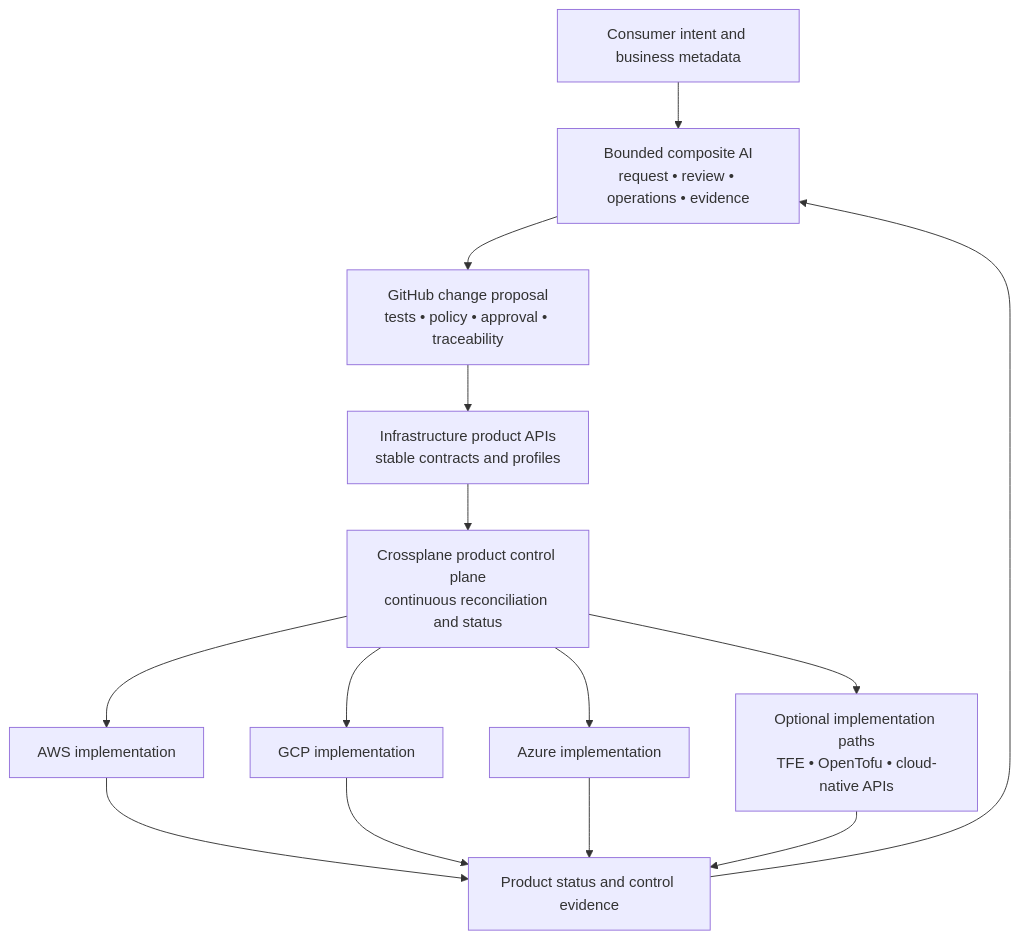
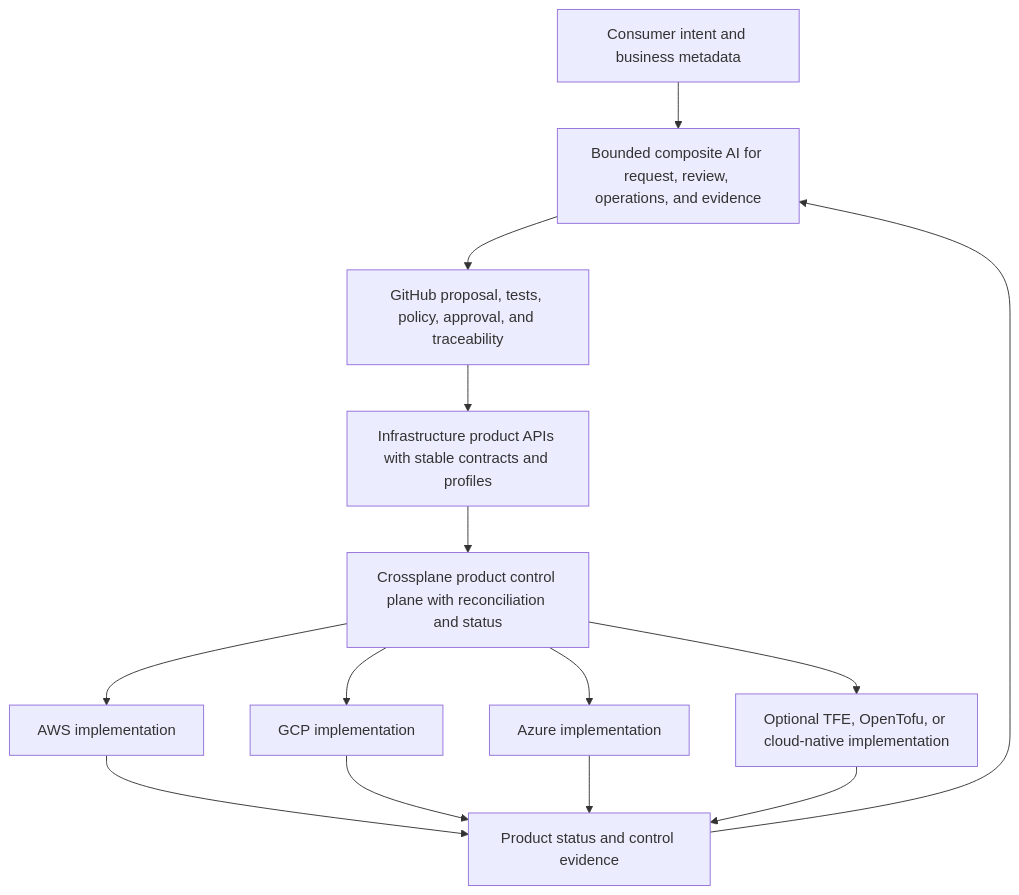
The first of 7 diagrams in README.md (SAABOLImpactVenture/ai-powered-infrastructure-as-a-product), drawn with Mermaid before and after one commit. The commit also changed other lines of this file, not shown here.

Commit message:
docs: satisfy Mermaid lint and correct Apache license

````diff
--- a/README.md
+++ b/README.md
@@ -52,27 +52,27 @@
 ```mermaid
 flowchart TB
   CON[Consumer intent and business metadata]
-  AI[Bounded composite AI<br/>request • review • operations • evidence]
-  GIT[GitHub change proposal<br/>tests • policy • approval • traceability]
-  API[Infrastructure product APIs<br/>stable contracts and profiles]
-  XP[Crossplane product control plane<br/>continuous reconciliation and status]
+  AI[Bounded composite AI for request, review, operations, and evidence]
+  GIT[GitHub proposal, tests, policy, approval, and traceability]
+  API[Infrastructure product APIs with stable contracts and profiles]
+  XP[Crossplane product control plane with reconciliation and status]
   AWS[AWS implementation]
   GCP[GCP implementation]
   AZ[Azure implementation]
-  OPT[Optional implementation paths<br/>TFE • OpenTofu • cloud-native APIs]
+  OPT[Optional TFE, OpenTofu, or cloud-native implementation]
   EVID[Product status and control evidence]
 
   CON --> AI
   AI --> GIT
   GIT --> API
   API --> XP
   XP --> AWS
   XP --> GCP
   XP --> AZ
   XP --> OPT
   AWS --> EVID
   GCP --> EVID
   AZ --> EVID
   OPT --> EVID
   EVID --> AI
 ```
````
